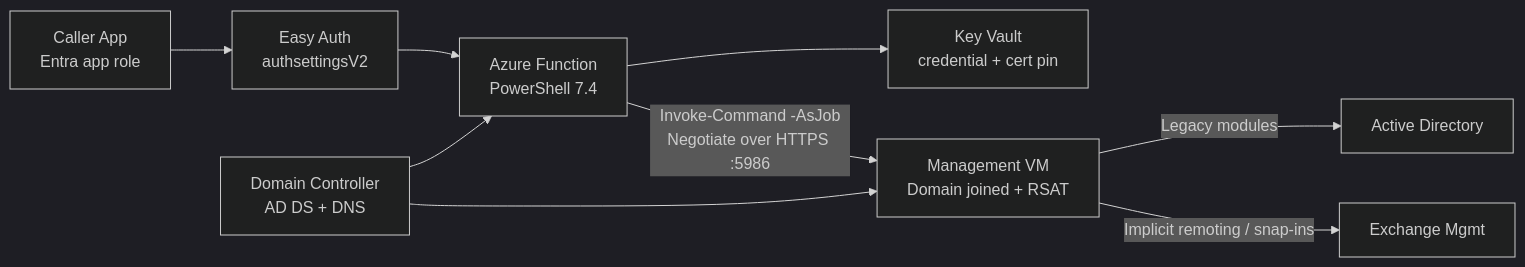
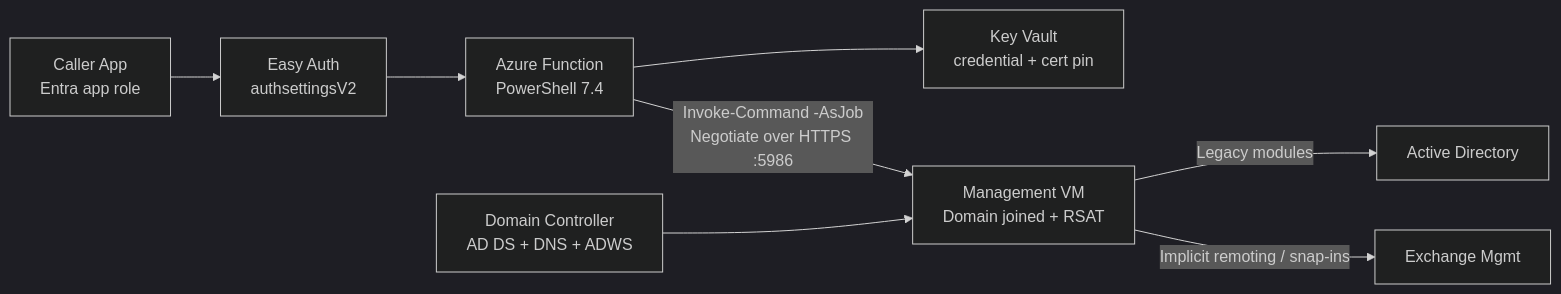
One commit to broberts23/vsCode changed the diagram in project-functionapp-jumpbox/README.md. Above: the diagram before and after it, drawn with Mermaid (dark theme). The commit also changed other lines of this file and 1 other file, not shown here.

````diff
--- a/project-functionapp-jumpbox/README.md
+++ b/project-functionapp-jumpbox/README.md
@@ -9,11 +9,10 @@
 ```mermaid
 flowchart LR
     Caller["Caller App\nEntra app role"] --> EasyAuth["Easy Auth\nauthsettingsV2"]
     EasyAuth --> Function["Azure Function\nPowerShell 7.4"]
     Function --> KV["Key Vault\ncredential + cert pin"]
     Function -->|"Invoke-Command -AsJob\nNegotiate over HTTPS :5986"| Mgmt["Management VM\nDomain joined + RSAT"]
     Mgmt -->|"Legacy modules"| AD["Active Directory"]
     Mgmt -->|"Implicit remoting / snap-ins"| Exchange["Exchange Mgmt"]
-    DC["Domain Controller\nAD DS + DNS"] --> Mgmt
-    DC --> Function
+  DC["Domain Controller\nAD DS + DNS + ADWS"] --> Mgmt
 ```
````
